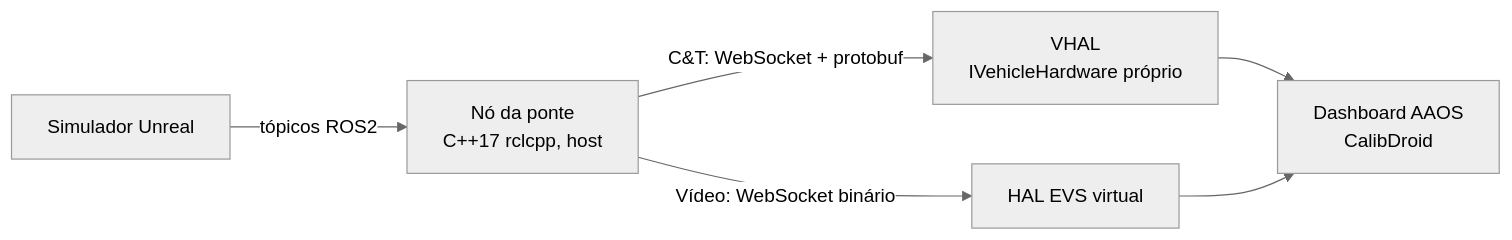
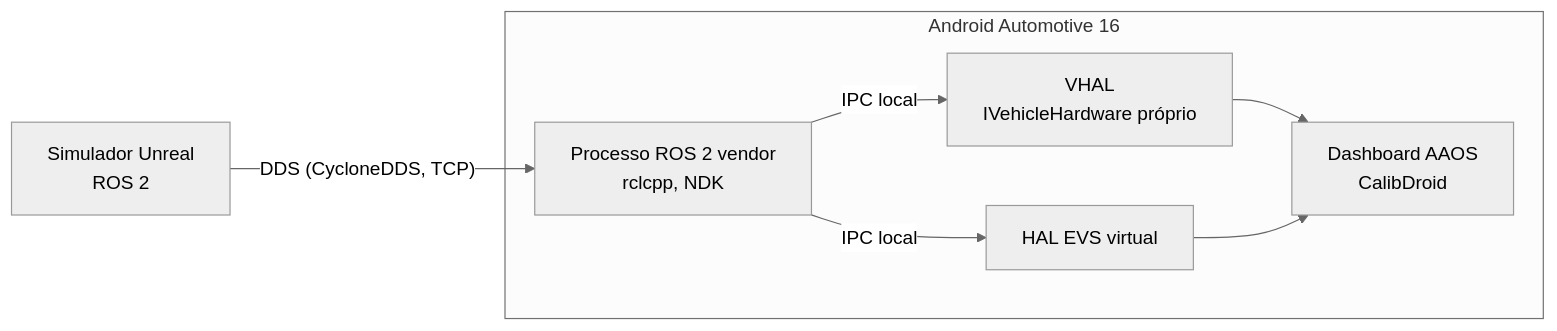
Before and after one commit to Robsic/VIPEE-ROS2AAOSBridge: the diagram in README.md, drawn with Mermaid (neutral theme). The commit also changed other lines of this file, not shown here.

First line of the commit message:
docs(readme): ROS 2 now runs inside AAOS; new architecture

````diff
--- a/README.md
+++ b/README.md
@@ -9,8 +11,10 @@
 ```mermaid
 flowchart LR
-  SIM[Simulador Unreal] -- tópicos ROS2 --> NODE[Nó da ponte<br/>C++17 rclcpp, host]
-  NODE -- "C&T: WebSocket + protobuf" --> VHAL[VHAL<br/>IVehicleHardware próprio]
-  NODE -- "Vídeo: WebSocket binário" --> EVS[HAL EVS virtual]
-  VHAL --> APPS[Dashboard AAOS<br/>CalibDroid]
-  EVS --> APPS
+  SIM[Simulador Unreal<br/>ROS 2] -- "DDS (CycloneDDS, TCP)" --> NODE
+  subgraph AAOS[Android Automotive 16]
+    NODE[Processo ROS 2 vendor<br/>rclcpp, NDK] -- IPC local --> VHAL[VHAL<br/>IVehicleHardware próprio]
+    NODE -- IPC local --> EVS[HAL EVS virtual]
+    VHAL --> APPS[Dashboard AAOS<br/>CalibDroid]
+    EVS --> APPS
+  end
 ```
````
